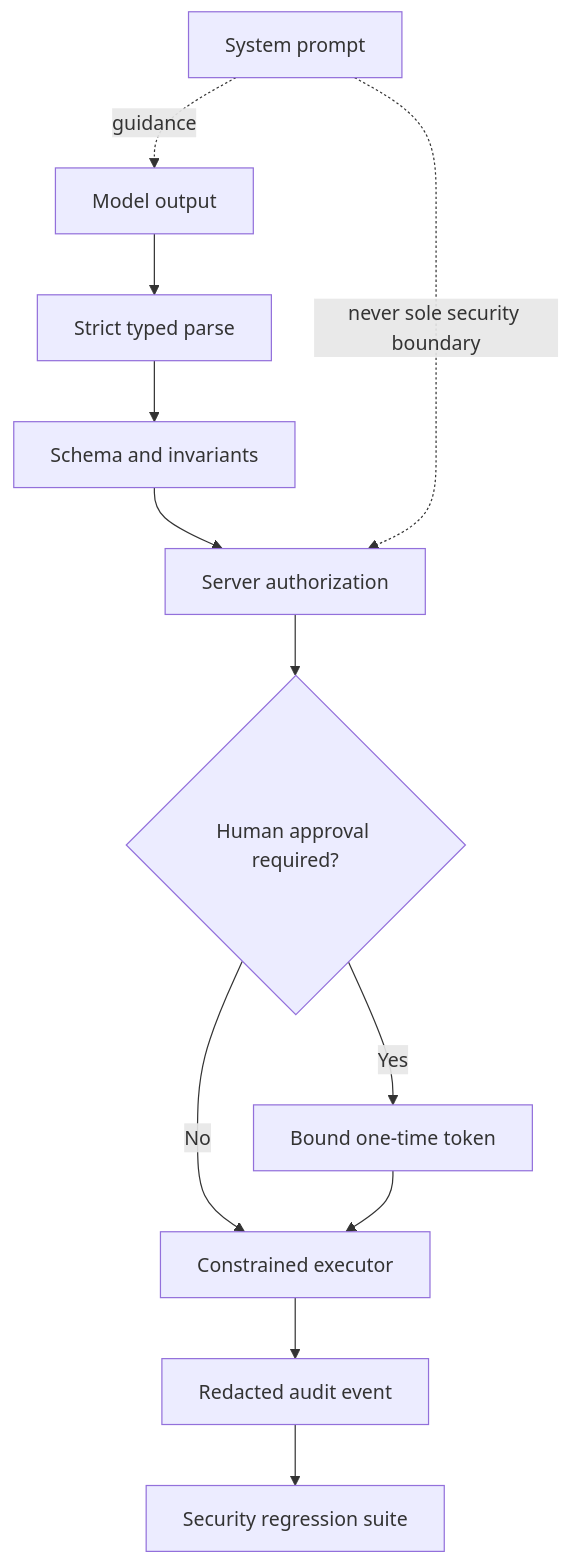
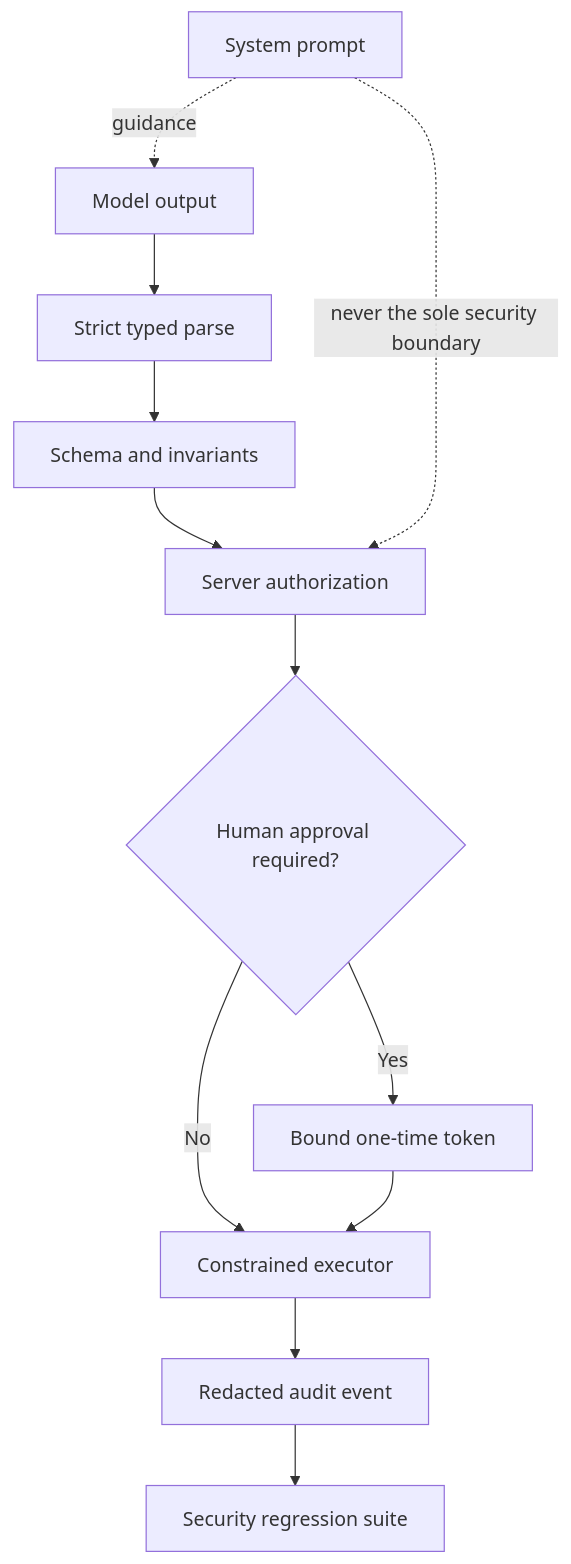
One commit to sandys/ai-security-talk changed the second of 2 diagrams in README.md. Above: the diagram before and after it, drawn with Mermaid. The commit also changed other lines of this file and 63 other files, not shown here.

````diff
--- a/README.md
+++ b/README.md
@@ -45,15 +69,15 @@
 ```mermaid
 flowchart TD
     LLM[Model output] --> PARSE[Strict typed parse]
     PARSE --> VALIDATE[Schema and invariants]
     VALIDATE --> POLICY[Server authorization]
     POLICY --> APPROVAL{Human approval required?}
     APPROVAL -- Yes --> TOKEN[Bound one-time token]
     APPROVAL -- No --> EXEC[Constrained executor]
     TOKEN --> EXEC
     EXEC --> AUDIT[Redacted audit event]
     AUDIT --> EVAL[Security regression suite]
 
     PROMPT[System prompt] -. guidance .-> LLM
-    PROMPT -. never sole security boundary .-> POLICY
+    PROMPT -. never the sole security boundary .-> POLICY
 ```
````
